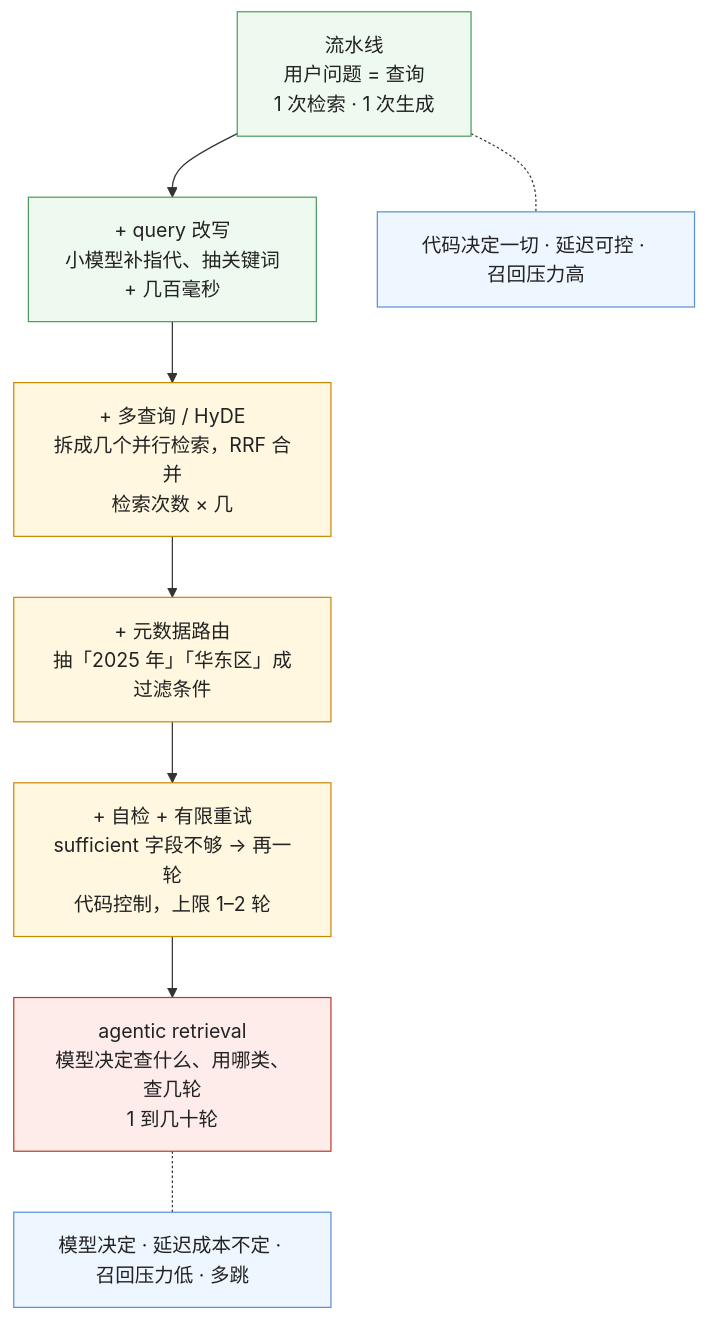
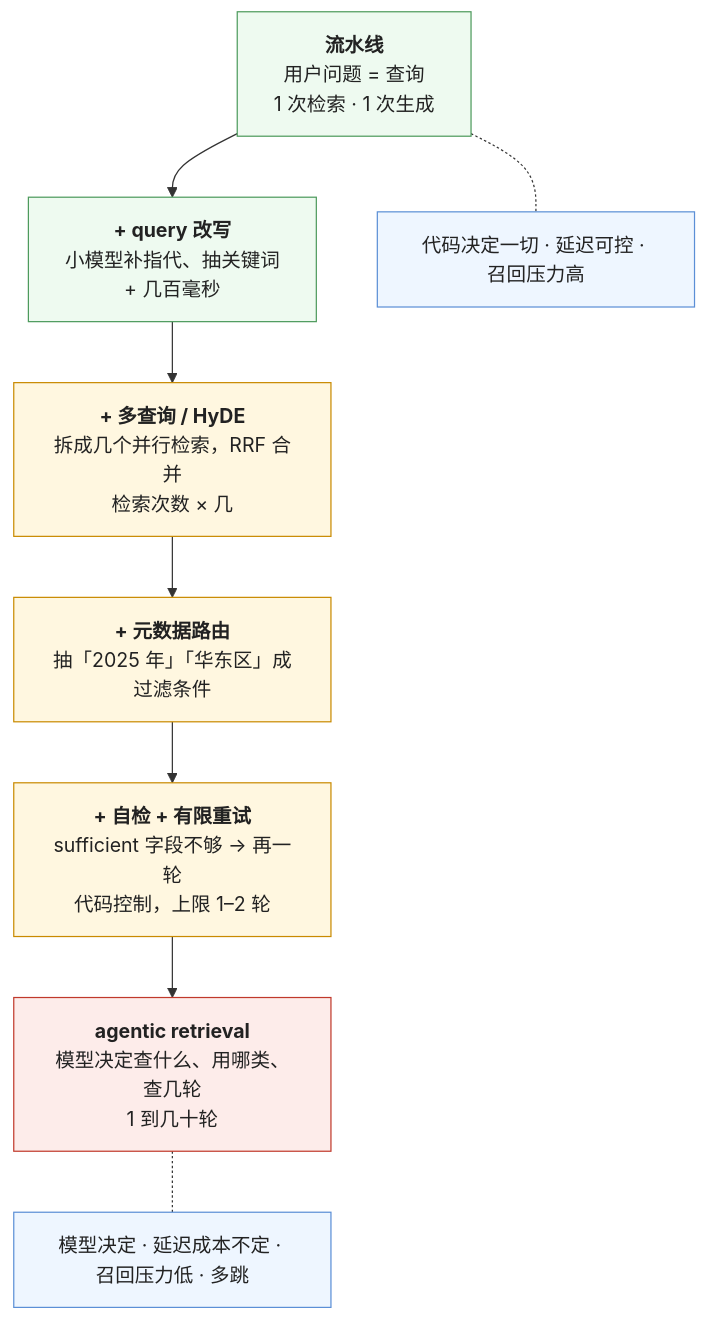
The second of 5 diagrams in _posts/2026-10-17-from-rag-pipelines-to-agentic-retrieval.md (arganzheng/arganzheng.github.com), drawn with Mermaid before and after one commit. The commit also changed other lines of this file and 7 other files, not shown here.

First line of the commit message:
检索与知识接入：私域知识怎么进入模型：Mermaid 多行方框的首行标为标题（8 篇）

````diff
--- a/_posts/2026-10-17-from-rag-pipelines-to-agentic-retrieval.md
+++ b/_posts/2026-10-17-from-rag-pipelines-to-agentic-retrieval.md
@@ -60,19 +60,19 @@
 ```mermaid
 %% 图：从流水线到 agentic 的渐进路——每往右加一步（query 改写 → 多查询 → 元数据路由 → 自检 + 有限重试 → 模型自主的工具循环），决策权从代码多交给模型一点、延迟与成本也涨一点；多数生产系统停在中段
 flowchart TB
-    P0["流水线<br/>用户问题 = 查询<br/>1 次检索 · 1 次生成"] --> P1["+ query 改写<br/>小模型补指代、抽关键词<br/>+ 几百毫秒"]
-    P1 --> P2["+ 多查询 / HyDE<br/>拆成几个并行检索，RRF 合并<br/>检索次数 × 几"]
-    P2 --> P3["+ 元数据路由<br/>抽「2025 年」「华东区」成过滤条件"]
-    P3 --> P4["+ 自检 + 有限重试<br/>sufficient 字段不够 → 再一轮<br/>代码控制，上限 1–2 轮"]
-    P4 --> P5["agentic retrieval<br/>模型决定查什么、用哪类、查几轮<br/>1 到几十轮"]
+    P0["<b>流水线</b><br/>用户问题 = 查询<br/>1 次检索 · 1 次生成"] --> P1["<b>+ query 改写</b><br/>小模型补指代、抽关键词<br/>+ 几百毫秒"]
+    P1 --> P2["<b>+ 多查询 / HyDE</b><br/>拆成几个并行检索，RRF 合并<br/>检索次数 × 几"]
+    P2 --> P3["<b>+ 元数据路由</b><br/>抽「2025 年」「华东区」成过滤条件"]
+    P3 --> P4["<b>+ 自检 + 有限重试</b><br/>sufficient 字段不够 → 再一轮<br/>代码控制，上限 1–2 轮"]
+    P4 --> P5["<b>agentic retrieval</b><br/>模型决定查什么、用哪类、查几轮<br/>1 到几十轮"]
     P0 -.- N1["代码决定一切 · 延迟可控 · 召回压力高"]
     P5 -.- N2["模型决定 · 延迟成本不定 · 召回压力低 · 多跳"]
     classDef a fill:#eefaf0,stroke:#4d9a5c,color:#222
     classDef b fill:#fff7e0,stroke:#c98a00,color:#222
     classDef c fill:#fdecea,stroke:#c0392b,color:#222
     classDef n fill:#eef6ff,stroke:#5b8fd6,color:#222
     class P0,P1 a
     class P2,P3,P4 b
     class P5 c
     class N1,N2 n
 ```
````
